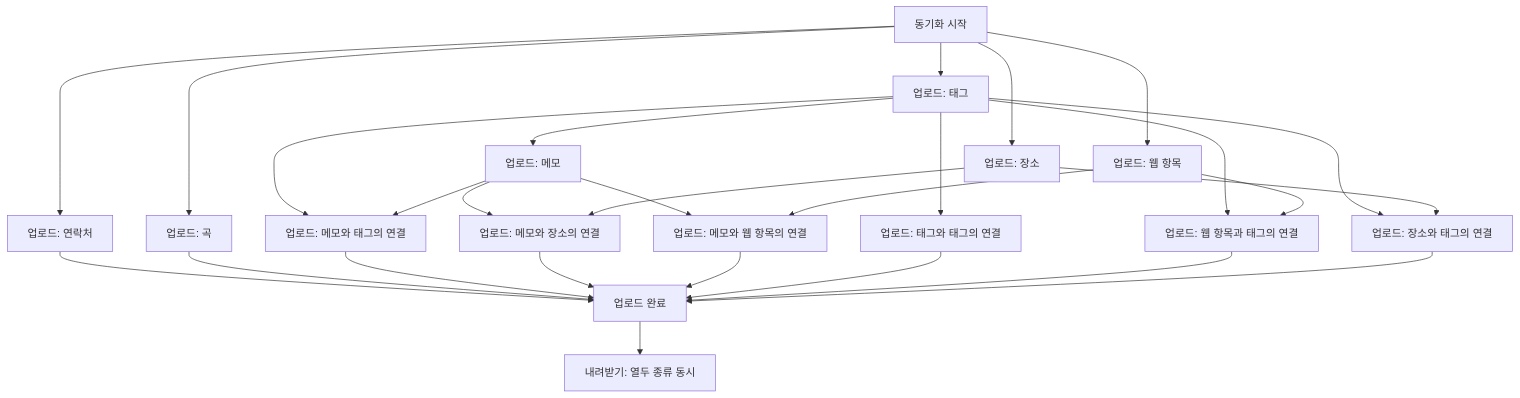
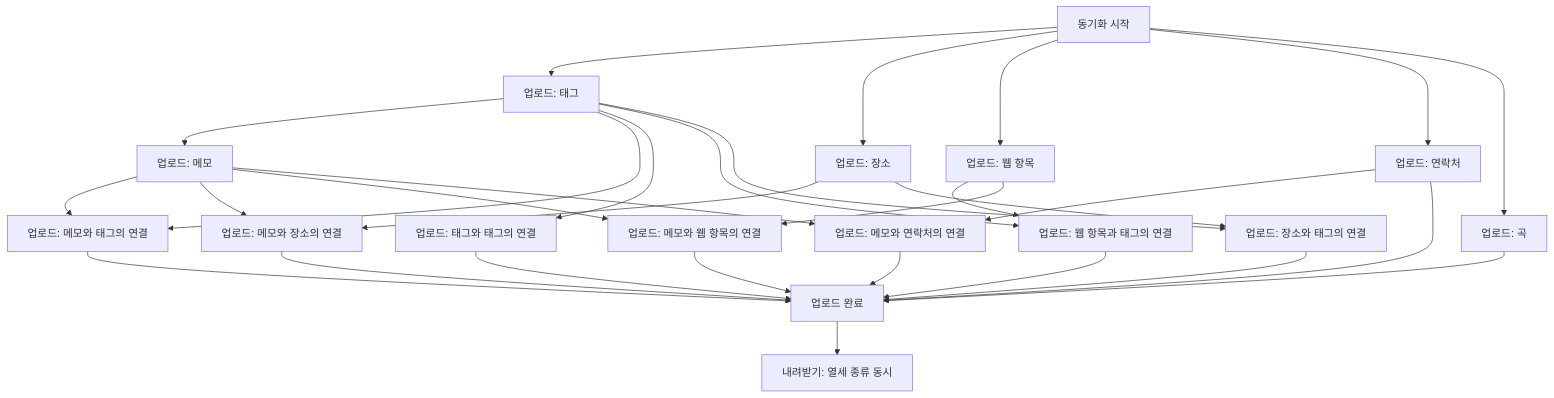
Before and after one commit to taetae98coding/DiaryKMP: the second of 3 diagrams in docs/spec/data-sync.md, drawn with Mermaid. The commit also changed other lines of this file and 28 other files, not shown here.

````diff
--- a/docs/spec/data-sync.md
+++ b/docs/spec/data-sync.md
@@ -118,29 +120,32 @@
 ```mermaid
 flowchart TD
     Start["동기화 시작"] --> UploadTag["업로드: 태그"]
     Start --> UploadPlace["업로드: 장소"]
     Start --> UploadWeb["업로드: 웹 항목"]
     Start --> UploadContact["업로드: 연락처"]
     Start --> UploadMusic["업로드: 곡"]
     UploadTag --> UploadMemo["업로드: 메모"]
     UploadTag --> UploadMemoTag["업로드: 메모와 태그의 연결"]
     UploadTag --> UploadTagLink["업로드: 태그와 태그의 연결"]
     UploadTag --> UploadWebTag["업로드: 웹 항목과 태그의 연결"]
     UploadTag --> UploadPlaceTag["업로드: 장소와 태그의 연결"]
     UploadMemo --> UploadMemoTag
     UploadMemo --> UploadMemoPlace["업로드: 메모와 장소의 연결"]
     UploadMemo --> UploadMemoWeb["업로드: 메모와 웹 항목의 연결"]
+    UploadMemo --> UploadMemoContact["업로드: 메모와 연락처의 연결"]
     UploadPlace --> UploadMemoPlace
     UploadPlace --> UploadPlaceTag
     UploadWeb --> UploadWebTag
     UploadWeb --> UploadMemoWeb
+    UploadContact --> UploadMemoContact
     UploadContact --> Uploaded["업로드 완료"]
     UploadMusic --> Uploaded
     UploadMemoTag --> Uploaded
     UploadMemoPlace --> Uploaded
     UploadMemoWeb --> Uploaded
+    UploadMemoContact --> Uploaded
     UploadTagLink --> Uploaded
     UploadWebTag --> Uploaded
     UploadPlaceTag --> Uploaded
-    Uploaded --> Download["내려받기: 열두 종류 동시"]
+    Uploaded --> Download["내려받기: 열세 종류 동시"]
 ```
````
